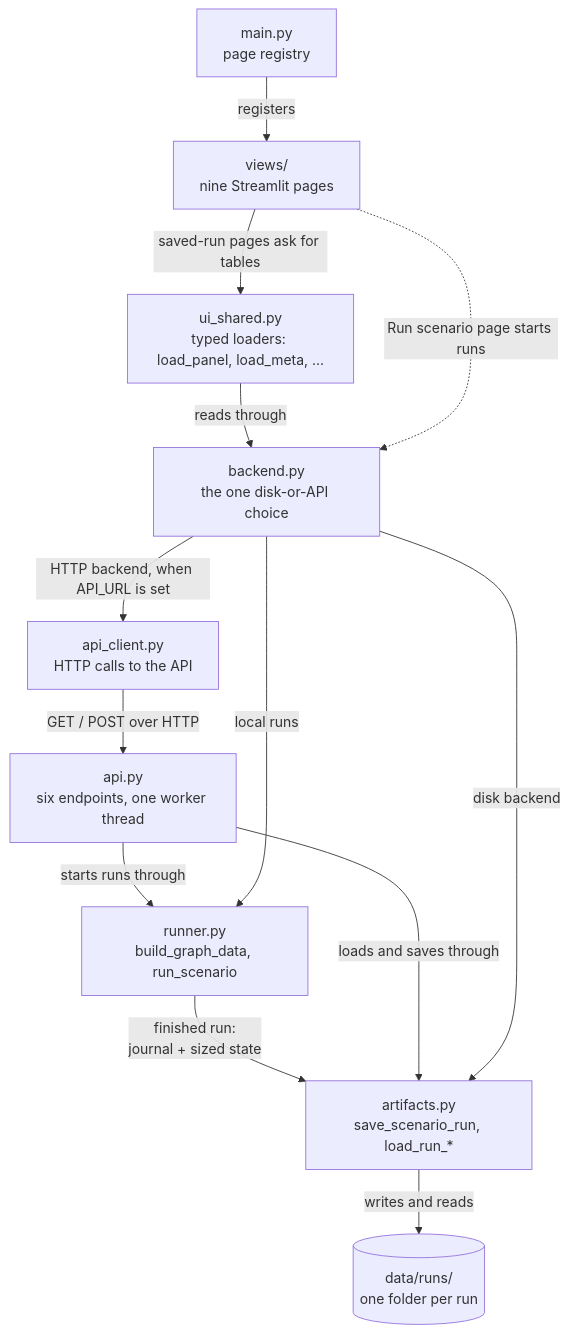
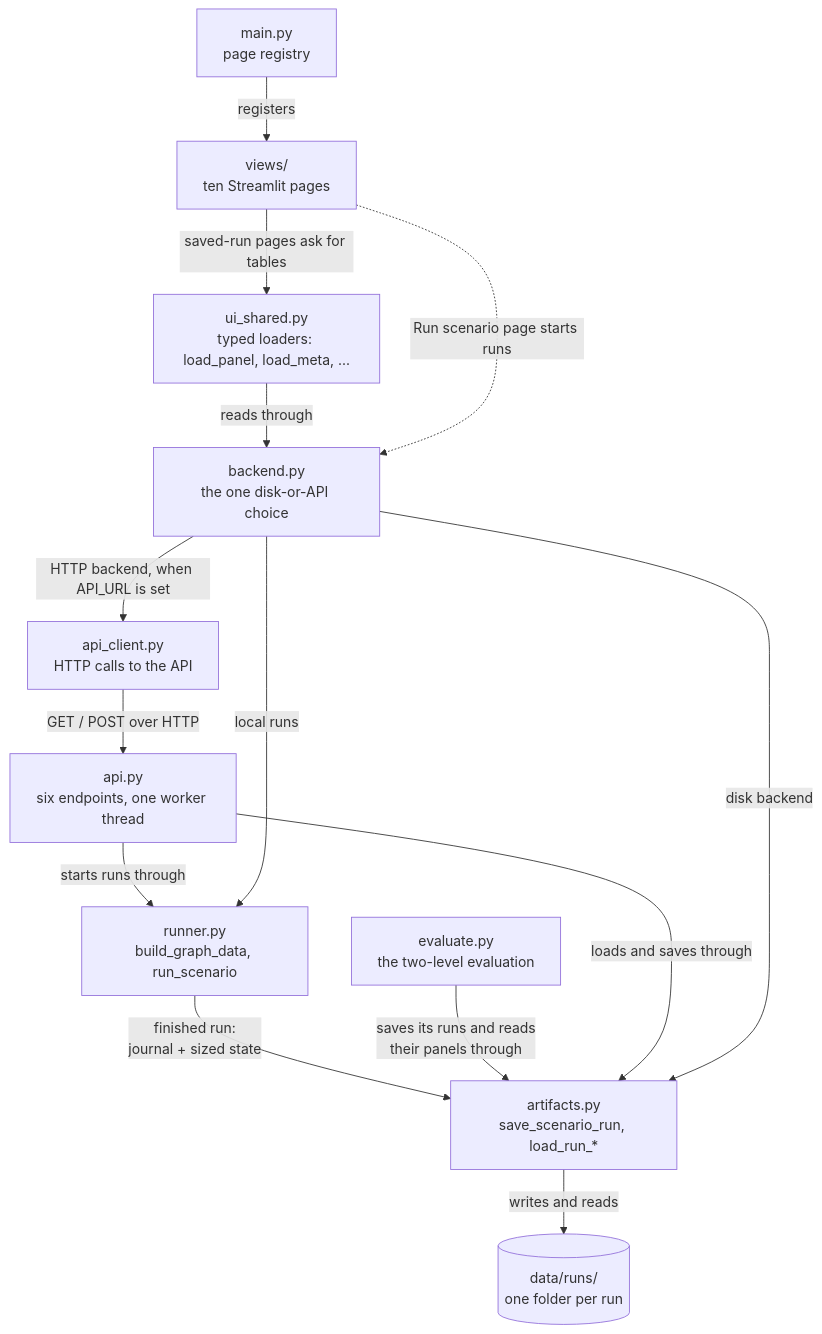
The fifth of 5 diagrams in docs/explanation/architecture.md (vlzm/GFDRR), drawn with Mermaid before and after one commit. The commit also changed other lines of this file and 5 other files, not shown here.

````diff
--- a/docs/explanation/architecture.md
+++ b/docs/explanation/architecture.md
@@ -160,25 +228,27 @@
 ```mermaid
 flowchart TB
     runner["runner.py<br/>build_graph_data, run_scenario"]
+    evaluate["evaluate.py<br/>the two-level evaluation"]
     artifacts["artifacts.py<br/>save_scenario_run, load_run_*"]
     runs[("data/runs/<br/>one folder per run")]
     api["api.py<br/>six endpoints, one worker thread"]
     client["api_client.py<br/>HTTP calls to the API"]
     backend["backend.py<br/>the one disk-or-API choice"]
     shared["ui_shared.py<br/>typed loaders: load_panel, load_meta, ..."]
     main["main.py<br/>page registry"]
-    views["views/<br/>nine Streamlit pages"]
+    views["views/<br/>ten Streamlit pages"]
 
     runner -->|"finished run:<br/>journal + sized state"| artifacts
+    evaluate -->|"saves its runs and reads<br/>their panels through"| artifacts
     artifacts -->|"writes and reads"| runs
     api -->|"starts runs through"| runner
     api -->|"loads and saves through"| artifacts
     client -->|"GET / POST over HTTP"| api
     shared -->|"reads through"| backend
     backend -->|"disk backend"| artifacts
     backend -->|"HTTP backend, when API_URL is set"| client
     backend -->|"local runs"| runner
     main -->|"registers"| views
     views -->|"saved-run pages ask for tables"| shared
     views -.->|"Run scenario page starts runs"| backend
 ```
````
